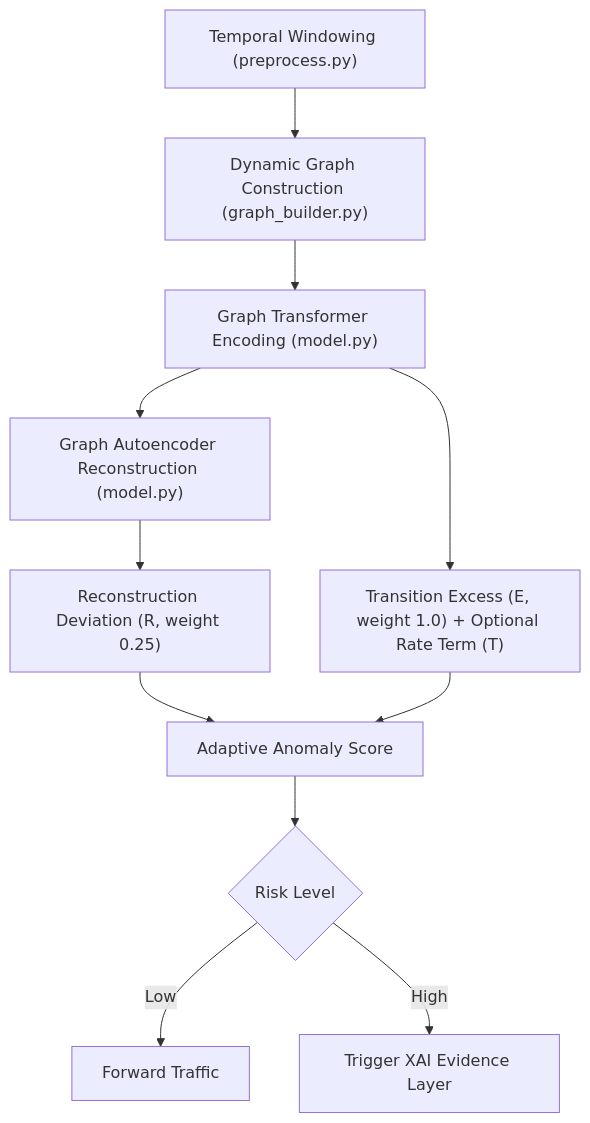
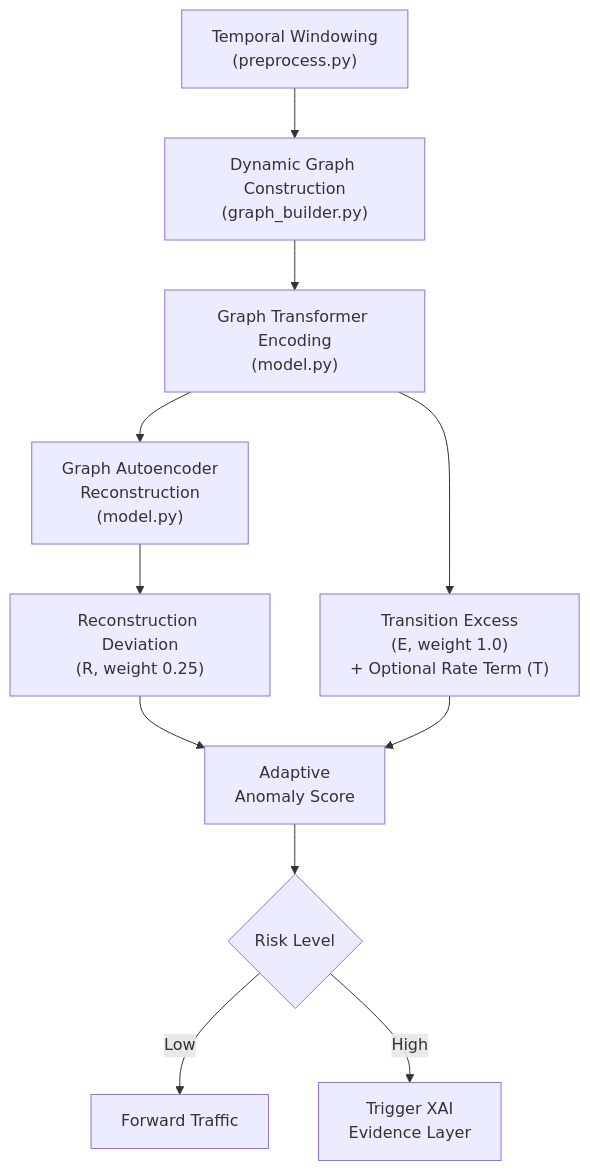
One commit to Etrlnx/Vaahan changed the third of 7 diagrams in README.md. Above: the diagram before and after it, drawn with Mermaid. The commit also changed other lines of this file, not shown here.

Commit message:
docs(readme): wrap long mermaid labels and tidy problem statement and section headings

````diff
--- a/README.md
+++ b/README.md
@@ -134,17 +132,17 @@
 ```mermaid
 flowchart TD
 
-A["Temporal Windowing (preprocess.py)"] --> B["Dynamic Graph Construction (graph_builder.py)"]
-B --> C["Graph Transformer Encoding (model.py)"]
-C --> D["Graph Autoencoder Reconstruction (model.py)"]
+A["Temporal Windowing<br/>(preprocess.py)"] --> B["Dynamic Graph Construction<br/>(graph_builder.py)"]
+B --> C["Graph Transformer Encoding<br/>(model.py)"]
+C --> D["Graph Autoencoder<br/>Reconstruction<br/>(model.py)"]
 
-D --> E["Reconstruction Deviation (R, weight 0.25)"]
-C --> F["Transition Excess (E, weight 1.0) + Optional Rate Term (T)"]
+D --> E["Reconstruction Deviation<br/>(R, weight 0.25)"]
+C --> F["Transition Excess<br/>(E, weight 1.0)<br/>+ Optional Rate Term (T)"]
 
-E --> G["Adaptive Anomaly Score"]
+E --> G["Adaptive<br/>Anomaly Score"]
 F --> G
 
 G --> H{Risk Level}
 H -->|Low| I["Forward Traffic"]
-H -->|High| J["Trigger XAI Evidence Layer"]
+H -->|High| J["Trigger XAI<br/>Evidence Layer"]
 ```
````
